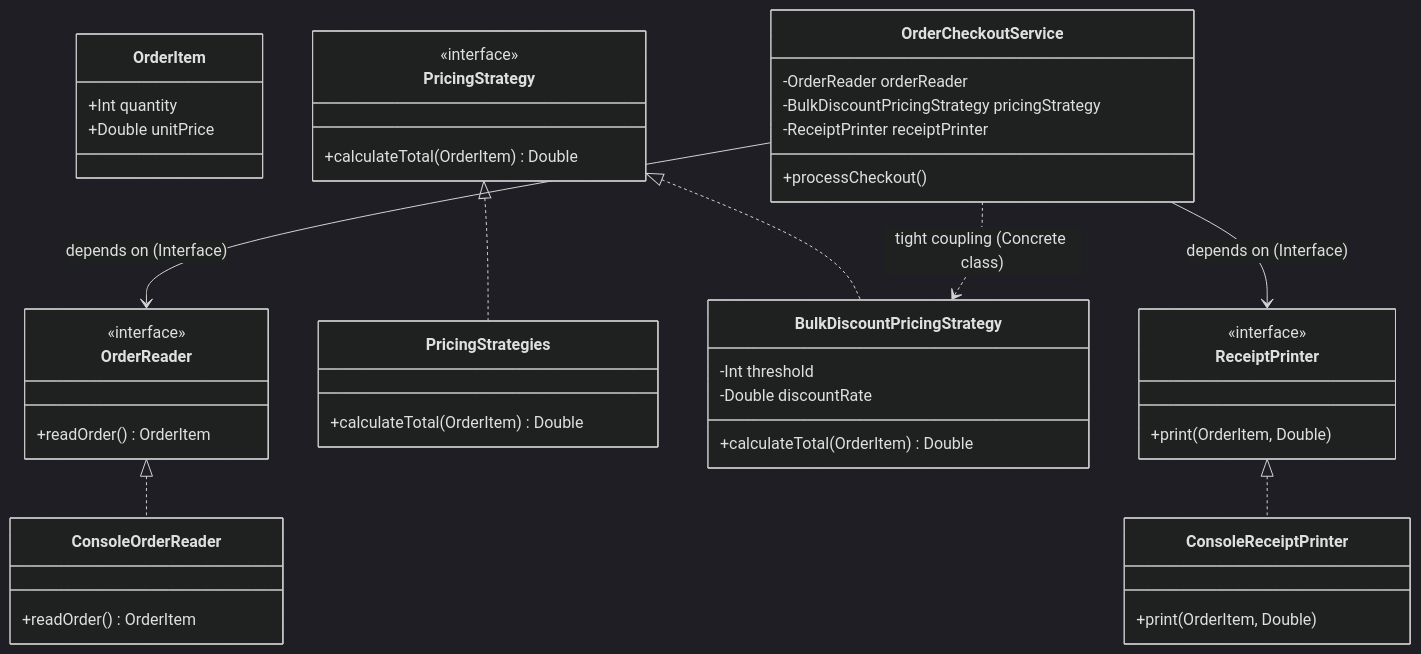
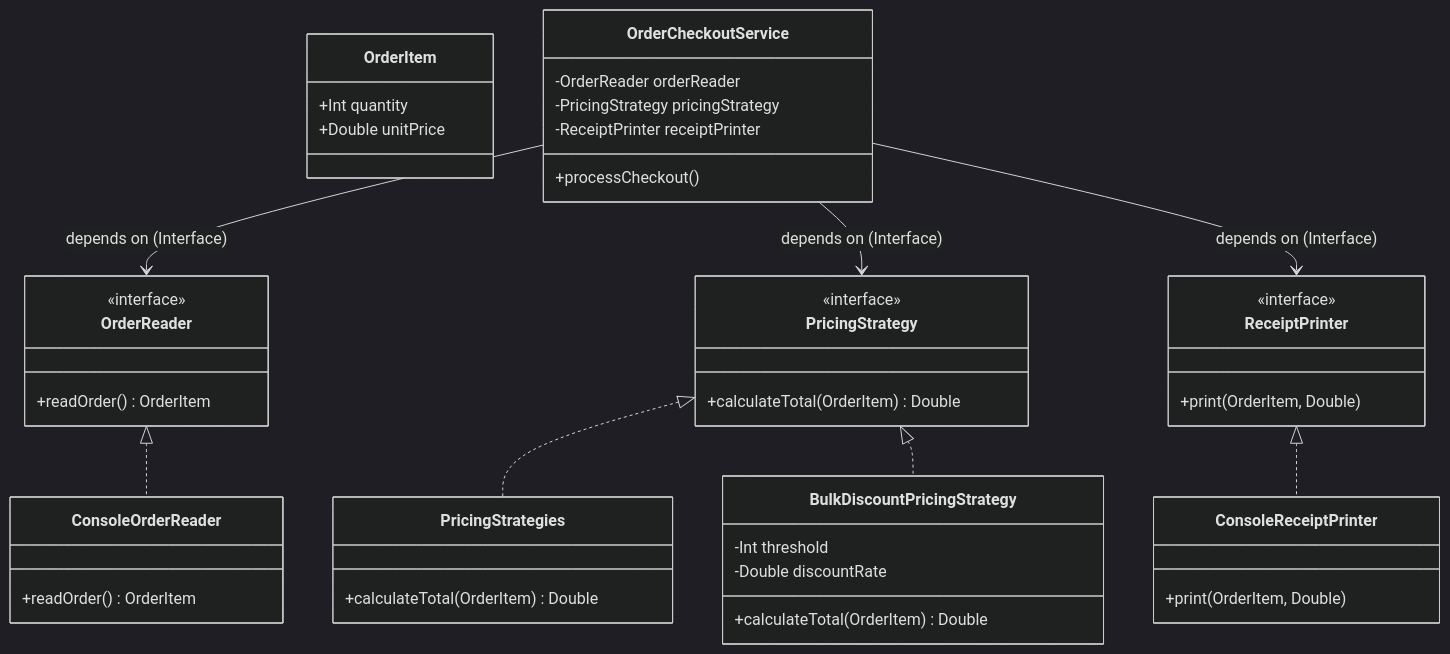
One commit to owhowh0/tmpslabs changed the diagram in lab1/SOLID_REPORT.md. Above: the diagram before and after it, drawn with Mermaid (dark theme). The commit also changed other lines of this file, not shown here.

````diff
--- a/lab1/SOLID_REPORT.md
+++ b/lab1/SOLID_REPORT.md
@@ -18,53 +18,53 @@
 ```mermaid
 classDiagram
     direction TB
 
     class OrderItem {
         +Int quantity
         +Double unitPrice
     }
 
     class OrderReader {
         <<interface>>
         +readOrder() OrderItem
     }
     class ConsoleOrderReader {
         +readOrder() OrderItem
     }
     OrderReader <|.. ConsoleOrderReader
 
     class PricingStrategy {
         <<interface>>
         +calculateTotal(OrderItem) Double
     }
     class PricingStrategies {
         +calculateTotal(OrderItem) Double
     }
     class BulkDiscountPricingStrategy {
         -Int threshold
         -Double discountRate
         +calculateTotal(OrderItem) Double
     }
     PricingStrategy <|.. PricingStrategies
     PricingStrategy <|.. BulkDiscountPricingStrategy
 
     class ReceiptPrinter {
         <<interface>>
         +print(OrderItem, Double)
     }
     class ConsoleReceiptPrinter {
         +print(OrderItem, Double)
     }
     ReceiptPrinter <|.. ConsoleReceiptPrinter
 
     class OrderCheckoutService {
         -OrderReader orderReader
-        -BulkDiscountPricingStrategy pricingStrategy
+        -PricingStrategy pricingStrategy
         -ReceiptPrinter receiptPrinter
         +processCheckout()
     }
 
     OrderCheckoutService --> OrderReader : depends on (Interface)
+    OrderCheckoutService --> PricingStrategy : depends on (Interface)
     OrderCheckoutService --> ReceiptPrinter : depends on (Interface)
-    OrderCheckoutService ..> BulkDiscountPricingStrategy : tight coupling (Concrete class)
 ```
````
